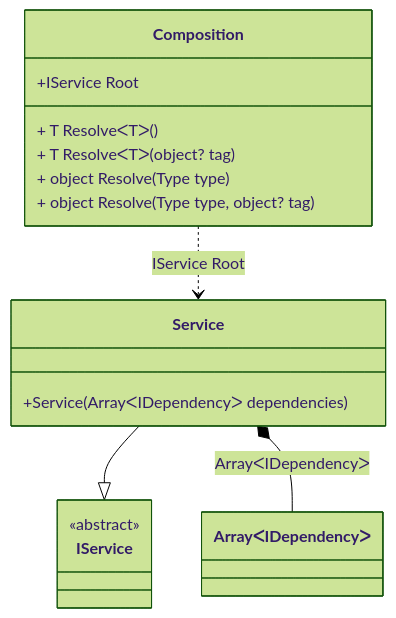
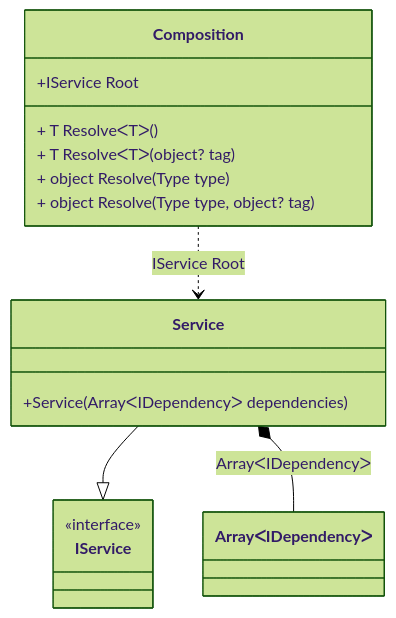
Before and after one commit to DevTeam/Pure.DI: the diagram in readme/overriding-the-bcl-binding.md, drawn with Mermaid (forest theme). The commit also changed other lines of this file and 113 other files, not shown here.

````diff
--- a/readme/overriding-the-bcl-binding.md
+++ b/readme/overriding-the-bcl-binding.md
@@ -47,20 +47,20 @@
 ```mermaid
 classDiagram
 	class Composition {
 		+IService Root
 		+ T ResolveᐸTᐳ()
 		+ T ResolveᐸTᐳ(object? tag)
 		+ object Resolve(Type type)
 		+ object Resolve(Type type, object? tag)
 	}
 	class ArrayᐸIDependencyᐳ
 	Service --|> IService : 
 	class Service {
 		+Service(ArrayᐸIDependencyᐳ dependencies)
 	}
 	class IService {
-		<<abstract>>
+		<<interface>>
 	}
 	Service *--  ArrayᐸIDependencyᐳ : ArrayᐸIDependencyᐳ
 	Composition ..> Service : IService Root
 ```
````
